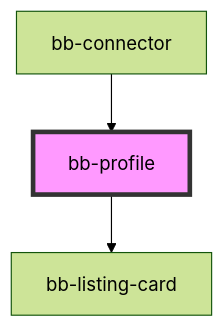
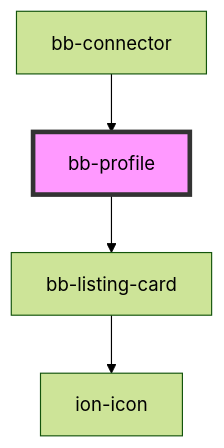
One commit to BoaterBase/bb-components changed the diagram in src/components/bb-profile/readme.md. Above: the diagram before and after it, drawn with Mermaid (forest theme). The commit also changed 12 other files, not shown here.

````diff
--- a/src/components/bb-profile/readme.md
+++ b/src/components/bb-profile/readme.md
@@ -27,6 +27,7 @@
 ```mermaid
 graph TD;
   bb-profile --> bb-listing-card
+  bb-listing-card --> ion-icon
   bb-connector --> bb-profile
   style bb-profile fill:#f9f,stroke:#333,stroke-width:4px
 ```
````
